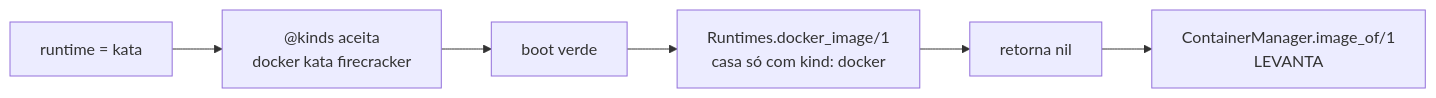
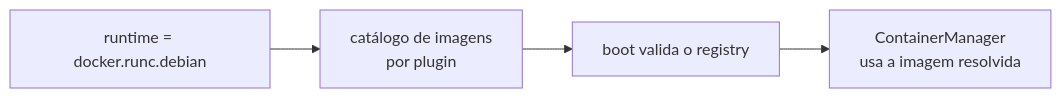
One commit to This-Is-NPC/omashiki changed the third of 8 diagrams in docs/plugins-e-ciclo-de-vida.md. Above: the diagram before and after it, drawn with Mermaid. The commit also changed other lines of this file and 15 other files, not shown here.

````diff
--- a/docs/plugins-e-ciclo-de-vida.md
+++ b/docs/plugins-e-ciclo-de-vida.md
@@ -215,8 +225,6 @@
 ```mermaid
 flowchart LR
-    A["runtime = kata"] --> B["@kinds aceita<br/>docker kata firecracker"]
-    B --> C["boot verde"]
-    C --> D["Runtimes.docker_image/1<br/>casa só com kind: docker"]
-    D --> E["retorna nil"]
-    E --> F["ContainerManager.image_of/1<br/>LEVANTA"]
+    A["runtime = docker.runc.debian"] --> B["catálogo de imagens<br/>por plugin"]
+    B --> C["boot valida o registry"]
+    C --> D["ContainerManager<br/>usa a imagem resolvida"]
 ```
````
